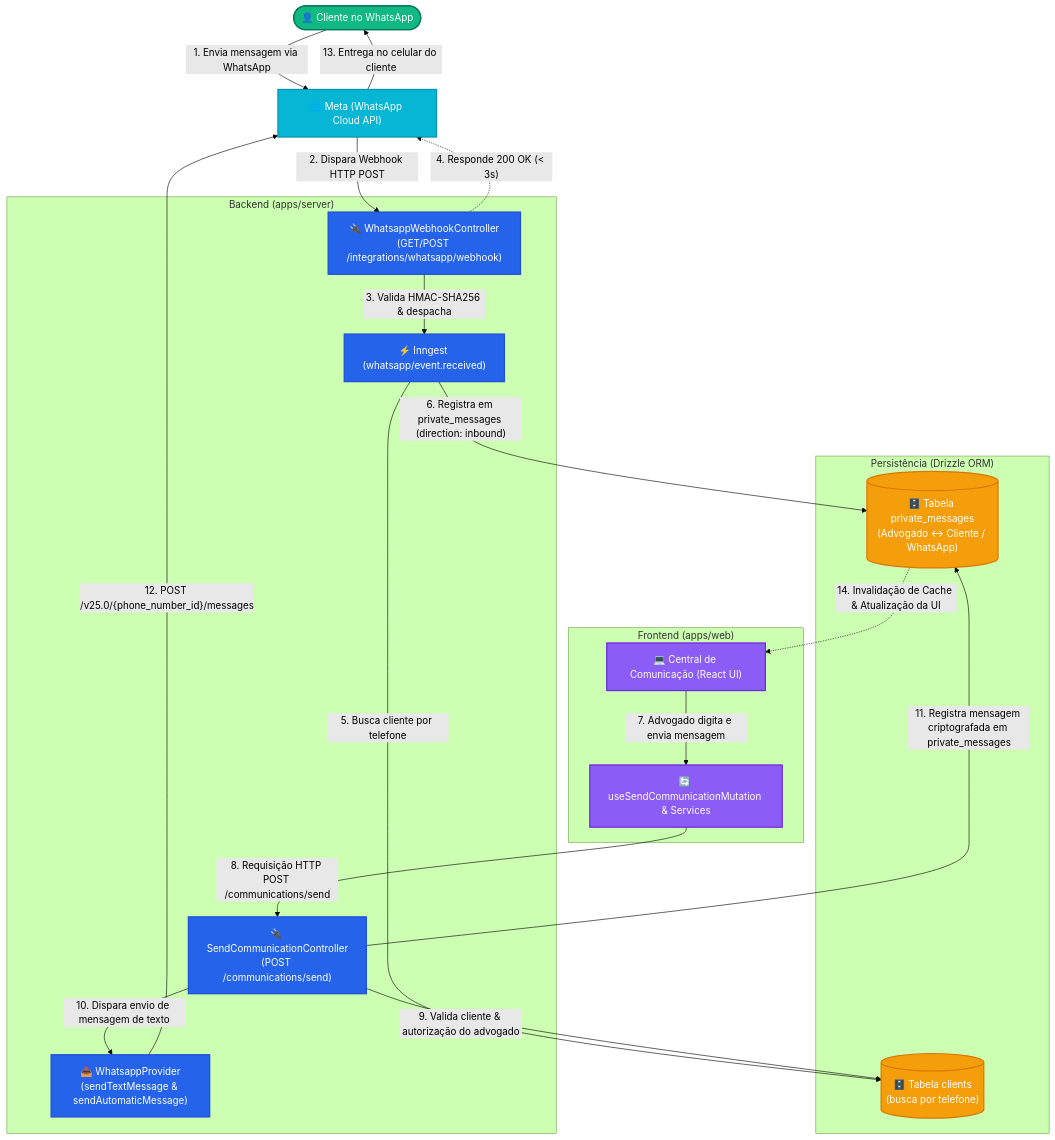
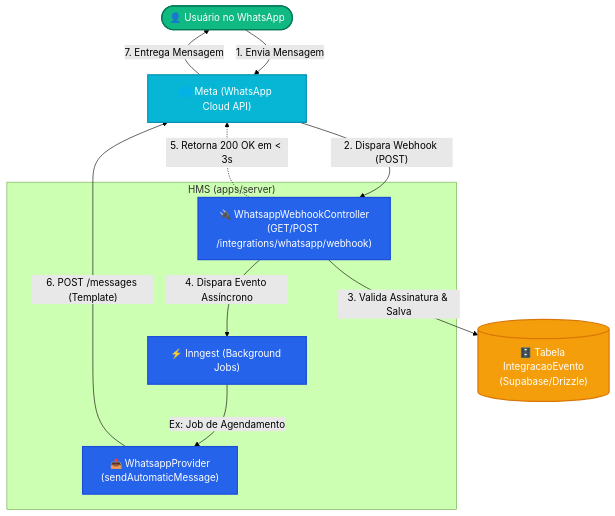
One commit to hms-society/hms changed the first of 2 diagrams in apps/server/src/shared/communication/webhook-mermaid.md. Above: the diagram before and after it, drawn with Mermaid (forest theme). The commit also changed other lines of this file and 217 other files, not shown here.

````diff
--- a/apps/server/src/shared/communication/webhook-mermaid.md
+++ b/apps/server/src/shared/communication/webhook-mermaid.md
@@ -9,53 +5,32 @@
 ```mermaid
 graph TD
-    %% Estilos de nós
-    classDef client fill:#10b981,stroke:#047857,color:#ffffff,stroke-width:2px;
+    %% Estilos Gerais
+    classDef hms fill:#2563eb,stroke:#1d4ed8,color:#ffffff,stroke-width:2px;
     classDef meta fill:#06b6d4,stroke:#0891b2,color:#ffffff,stroke-width:2px;
-    classDef server fill:#2563eb,stroke:#1d4ed8,color:#ffffff,stroke-width:2px;
-    classDef web fill:#8b5cf6,stroke:#6d28d9,color:#ffffff,stroke-width:2px;
-    classDef db fill:#f59e0b,stroke:#d97706,color:#ffffff,stroke-width:2px;
+    classDef user fill:#10b981,stroke:#047857,color:#ffffff,stroke-width:2px;
+    classDef database fill:#f59e0b,stroke:#d97706,color:#ffffff,stroke-width:2px;
 
-    %% Atores e Plataformas Externas
-    Cliente(["👤 Cliente no WhatsApp"]):::client
-    MetaAPI["🌐 Meta (WhatsApp Cloud API)"]:::meta
-
-    %% Frontend (Web App)
-    subgraph Web_App ["Frontend (apps/web)"]
-        ChatUI["💻 Central de Comunicação (React UI)"]:::web
-        ReactQuery["🔄 useSendCommunicationMutation & Services"]:::web
+    %% Elementos
+    User(["👤 Usuário no WhatsApp"]):::user
+    Meta["🌐 Meta (WhatsApp Cloud API)"]:::meta
+    
+    subgraph HMS_App ["HMS (apps/server)"]
+        Controller["🔌 WhatsappWebhookController<br/>(GET/POST /integrations/whatsapp/webhook)"]:::hms
+        Provider["📤 WhatsappProvider<br/>(sendAutomaticMessage)"]:::hms
+        Inngest["⚡ Inngest (Background Jobs)"]:::hms
     end
 
-    %% Backend (Server App)
-    subgraph HMS_Server ["Backend (apps/server)"]
-        WebhookCtrl["🔌 WhatsappWebhookController<br/>(GET/POST /integrations/whatsapp/webhook)"]:::server
-        SendCtrl["🔌 SendCommunicationController<br/>(POST /communications/send)"]:::server
-        InngestJob["⚡ Inngest (whatsapp/event.received)"]:::server
-        WhatsappProv["📤 WhatsappProvider<br/>(sendTextMessage & sendAutomaticMessage)"]:::server
-    end
+    DB[("🗄️ Tabela IntegracaoEvento<br/>(Supabase/Drizzle)")]:::database
 
-    %% Banco de Dados
-    subgraph Database ["Persistência (Drizzle ORM)"]
-        DBPrivateMsgs[("🗄️ Tabela private_messages<br/>(Advogado ↔ Cliente / WhatsApp)")]:::db
-        DBClients[("🗄️ Tabela clients<br/>(busca por telefone)")]:::db
-    end
+    %% Fluxo de Entrada (Inbound)
+    User -->|"1. Envia Mensagem"| Meta
+    Meta -->|"2. Dispara Webhook (POST)"| Controller
+    Controller -->|"3. Valida Assinatura & Salva"| DB
+    Controller -->|"4. Dispara Evento Assíncrono"| Inngest
+    Controller -.->|"5. Retorna 200 OK em < 3s"| Meta
 
-    %% FLUXO INBOUND (Entrada no Chat WhatsApp)
-    Cliente -->|"1. Envia mensagem via WhatsApp"| MetaAPI
-    MetaAPI -->|"2. Dispara Webhook HTTP POST"| WebhookCtrl
-    WebhookCtrl -->|"3. Valida HMAC-SHA256 & despacha"| InngestJob
-    WebhookCtrl -.->|"4. Responde 200 OK (< 3s)"| MetaAPI
-    InngestJob -->|"5. Busca cliente por telefone"| DBClients
-    InngestJob -->|"6. Registra em private_messages (direction: inbound)"| DBPrivateMsgs
-
-    %% FLUXO OUTBOUND (Saída pelo Advogado na UI)
-    ChatUI -->|"7. Advogado digita e envia mensagem"| ReactQuery
-    ReactQuery -->|"8. Requisição HTTP POST /communications/send"| SendCtrl
-    SendCtrl -->|"9. Valida cliente & autorização do advogado"| DBClients
-    SendCtrl -->|"10. Dispara envio de mensagem de texto"| WhatsappProv
-    SendCtrl -->|"11. Registra mensagem criptografada em private_messages"| DBPrivateMsgs
-    WhatsappProv -->|"12. POST /v25.0/{phone_number_id}/messages"| MetaAPI
-    MetaAPI -->|"13. Entrega no celular do cliente"| Cliente
-
-    %% ATUALIZAÇÃO REATIVA DA UI
-    DBPrivateMsgs -.->|"14. Invalidação de Cache & Atualização da UI"| ChatUI
+    %% Fluxo de Saída (Outbound)
+    Inngest -->|"Ex: Job de Agendamento"| Provider
+    Provider -->|"6. POST /messages (Template)"| Meta
+    Meta -->|"7. Entrega Mensagem"| User
 ```
````
